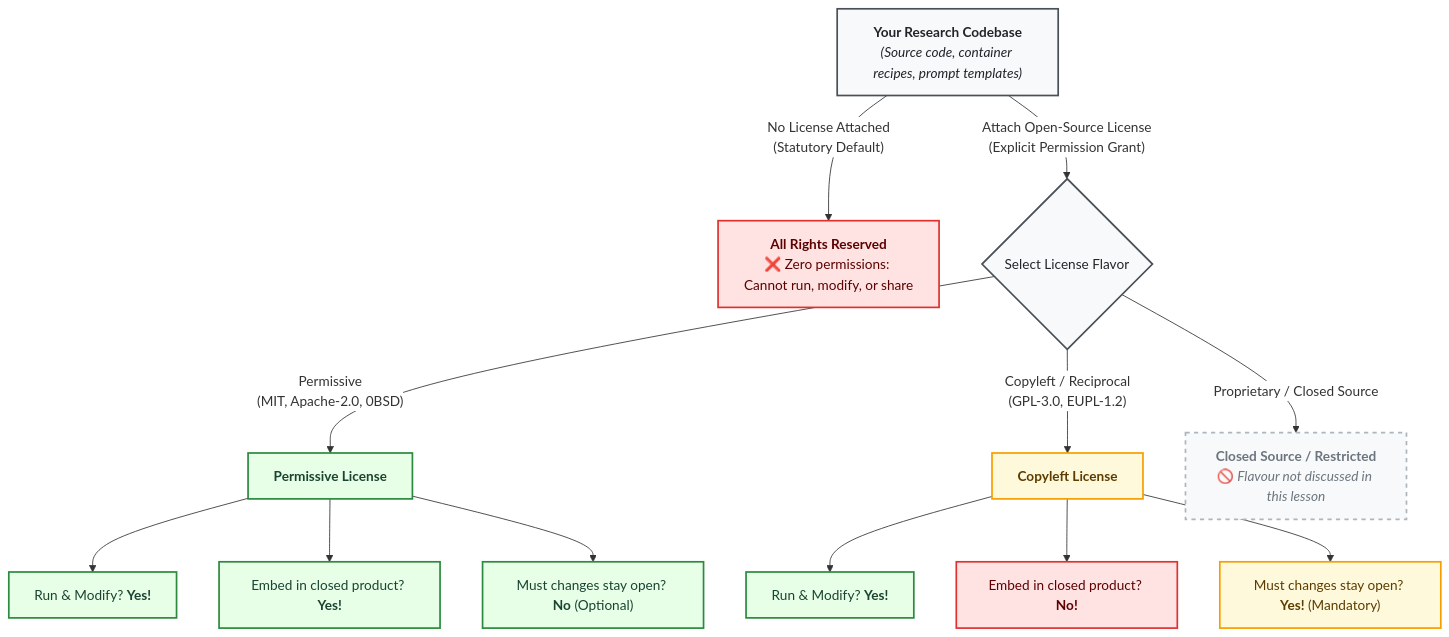
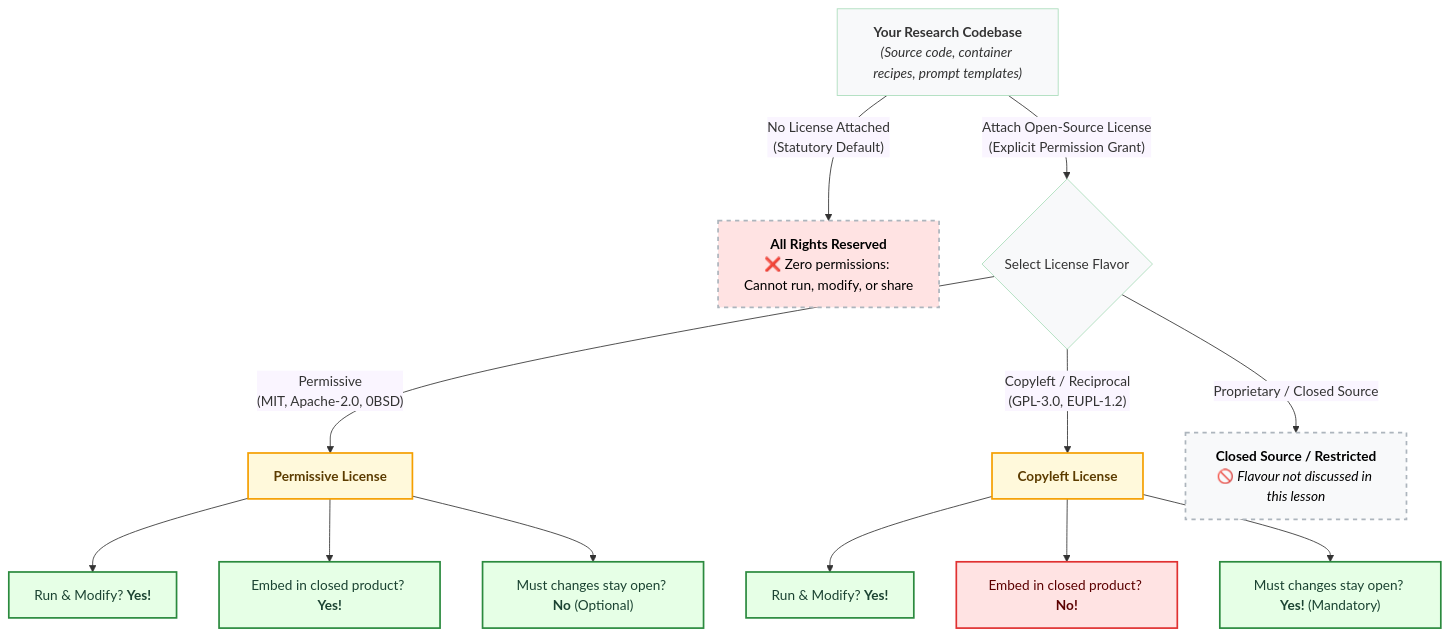
One commit to coderefinery/social-coding changed the first of 3 diagrams in content/software-licensing.md. Above: the diagram before and after it, drawn with Mermaid. The commit also changed other lines of this file, not shown here.

Commit message:
Update introduction mermaid to intergrate the license clasification

````diff
--- a/content/software-licensing.md
+++ b/content/software-licensing.md
@@ -46,32 +46,34 @@
 ```{mermaid}
-%%{init: {'themeVariables': { 'edgeLabelBackground': '#ffffff' }}}%%
-flowchart TD
+%%{init: {'themeVariables': { 'edgeLabelBackground': '#faf5ff' }}}%%
+
+flowchart TB
     A["<b>Your Research Codebase</b><br/><i>(Source code, container recipes, prompt templates)</i>"] -->|"No License Attached<br/>(Statutory Default)"| B["<b>All Rights Reserved</b><br/>❌ Zero permissions: Cannot run, modify, or share"]
-    
+
     A -->|"Attach Open-Source License<br/>(Explicit Permission Grant)"| C{"Select License Flavor"}
-    
+
     C -->|"Permissive<br/>(MIT, Apache-2.0, 0BSD)"| D["<b>Permissive License</b>"]
     C -->|"Copyleft / Reciprocal<br/>(GPL-3.0, EUPL-1.2)"| E["<b>Copyleft License</b>"]
     C -->|"Proprietary / Closed Source"| F["<b>Closed Source / Restricted</b><br/>🚫 <i>Flavour not discussed in this lesson</i>"]
 
     D --> D1["Run & Modify? <b>Yes!</b>"]
     D --> D2["Embed in closed product? <b>Yes!</b>"]
     D --> D3["Must changes stay open? <b>No</b> (Optional)"]
 
     E --> E1["Run & Modify? <b>Yes!</b>"]
     E --> E2["Embed in closed product? <b>No!</b>"]
     E --> E3["Must changes stay open? <b>Yes!</b> (Mandatory)"]
-
+    classDef green fill:#e6ffe6,stroke:#2b8a3e,stroke-width:2px,color:#1b4332;
+   classDef red fill:#ffe3e3,stroke:#e03131,stroke-width:2px,color:#5c0000;
+   classDef yellow fill:#fff9db,stroke:#f59f00,stroke-width:2px,color:#5c3c00;
+   classDef white fill:#f8f9fa,stroke:#adb
+   classDef dashed fill:#f8f9fa,stroke:#adb5bd,stroke-width:2px,stroke-dasharray: 5 5,color:#000000;
+   classDef dashed_red fill:#ffe3e3,stroke:#adb5bd,stroke-width:2px,stroke-dasharray: 5 5,color:#000000;
     classDef defaultState fill:#ffe3e3,stroke:#e03131,stroke-width:2px,color:#5c0000;
-    classDef openState fill:#e6ffe6,stroke:#2b8a3e,stroke-width:2px,color:#1b4332;
-    classDef copyleftState fill:#fff9db,stroke:#f59f00,stroke-width:2px,color:#5c3c00;
-    classDef closedState fill:#f8f9fa,stroke:#adb5bd,stroke-width:2px,stroke-dasharray: 5 5,color:#6c757d;
-    classDef codeState fill:#f8f9fa,stroke:#495057,stroke-width:2px,color:#212529;
-
-    class B,E2 defaultState;
-    class D,D1,D2,D3,E1 openState;
-    class E,E3 copyleftState;
-    class F closedState;
-    class A,C codeState;
-
+    
+   class D1,D2,D3,E1,E3 green;
+   class E2 red;
+   class D,E yellow;
+   class F dashed;
+   class B dashed_red;
+   class A,C white;
 ```
````
